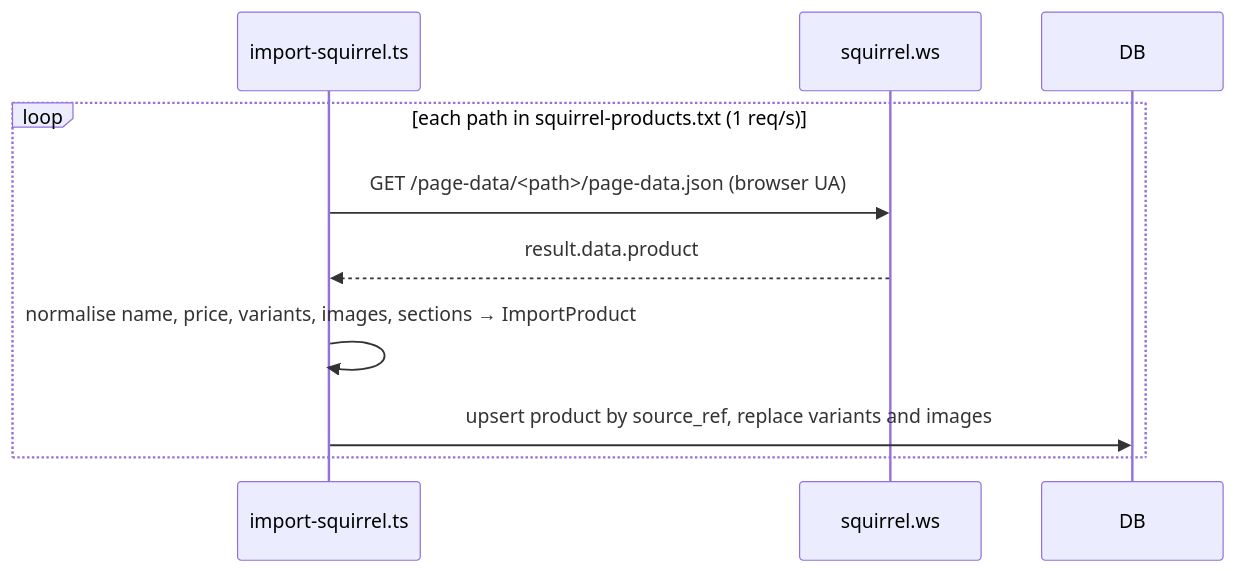
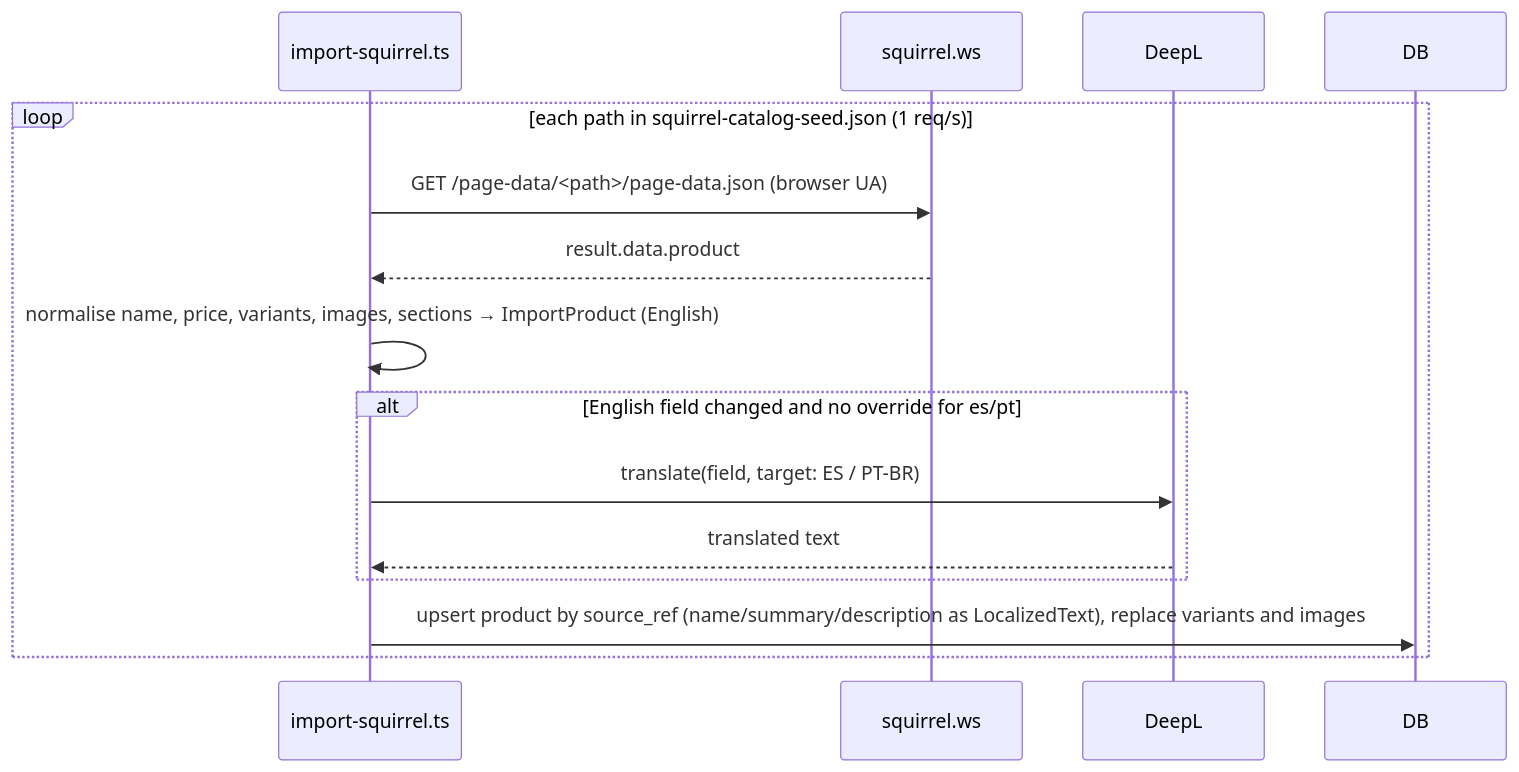
Before and after one commit to EcaCosca/bendike: the third of 4 diagrams in .github/specs/product-catalog.md, drawn with Mermaid. The commit also changed other lines of this file and 21 other files, not shown here.

````diff
--- a/.github/specs/product-catalog.md
+++ b/.github/specs/product-catalog.md
@@ -225,12 +315,17 @@
 ```mermaid
 sequenceDiagram
   participant Script as import-squirrel.ts
   participant SQ as squirrel.ws
+  participant DL as DeepL
   participant DB
-  loop each path in squirrel-products.txt (1 req/s)
+  loop each path in squirrel-catalog-seed.json (1 req/s)
     Script->>SQ: GET /page-data/<path>/page-data.json (browser UA)
     SQ-->>Script: result.data.product
-    Script->>Script: normalise name, price, variants, images, sections → ImportProduct
-    Script->>DB: upsert product by source_ref, replace variants and images
+    Script->>Script: normalise name, price, variants, images, sections → ImportProduct (English)
+    alt English field changed and no override for es/pt
+      Script->>DL: translate(field, target: ES / PT-BR)
+      DL-->>Script: translated text
+    end
+    Script->>DB: upsert product by source_ref (name/summary/description as LocalizedText), replace variants and images
   end
 ```
````
